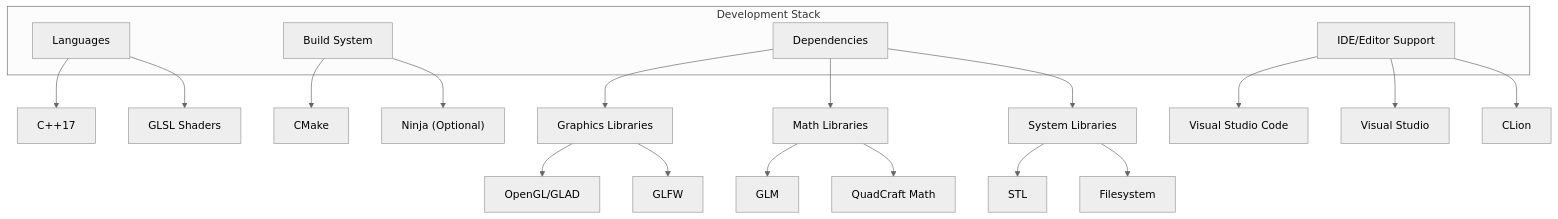
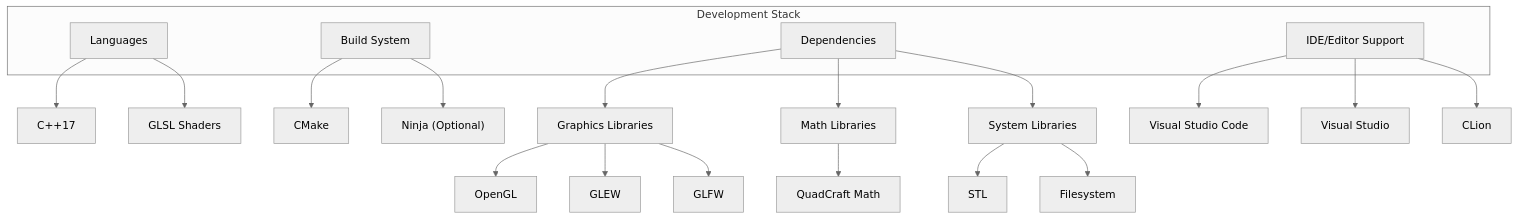
The first of 2 diagrams in docs/development/setup_guide.md (docxology/QuadCraft), drawn with Mermaid (neutral theme) before and after one commit. The commit also changed other lines of this file and 61 other files, not shown here.

````diff
--- a/docs/development/setup_guide.md
+++ b/docs/development/setup_guide.md
@@ -9,32 +9,32 @@
 ```mermaid
 graph TD
     subgraph "Development Stack"
         Languages["Languages"]
         BuildSystem["Build System"]
         Dependencies["Dependencies"]
         IDE["IDE/Editor Support"]
     end
     
     Languages --> CPP["C++17"]
     Languages --> GLSL["GLSL Shaders"]
     
     BuildSystem --> CMake["CMake"]
     BuildSystem --> Ninja["Ninja (Optional)"]
     
     Dependencies --> Graphics["Graphics Libraries"]
     Dependencies --> Math["Math Libraries"]
     Dependencies --> System["System Libraries"]
     
-    Graphics --> OpenGL["OpenGL/GLAD"]
+    Graphics --> OpenGL["OpenGL"]
+    Graphics --> GLEW["GLEW"]
     Graphics --> GLFW["GLFW"]
     
-    Math --> GLM["GLM"]
     Math --> CustomMath["QuadCraft Math"]
     
     System --> STL["STL"]
     System --> FileSystem["Filesystem"]
     
     IDE --> VSCode["Visual Studio Code"]
     IDE --> VisualStudio["Visual Studio"]
     IDE --> CLion["CLion"]
 ```
````
